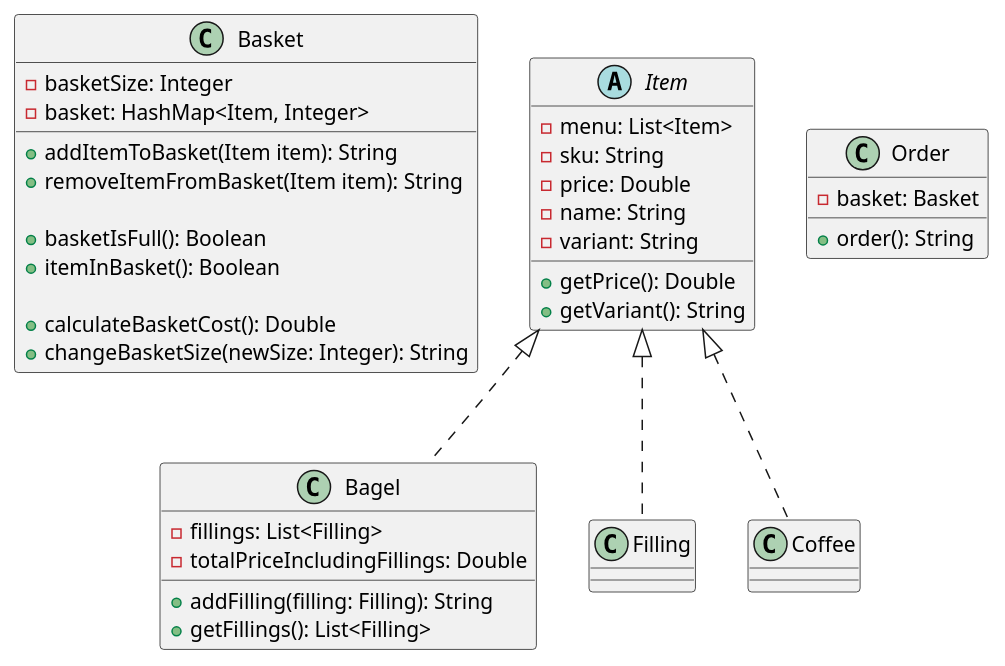
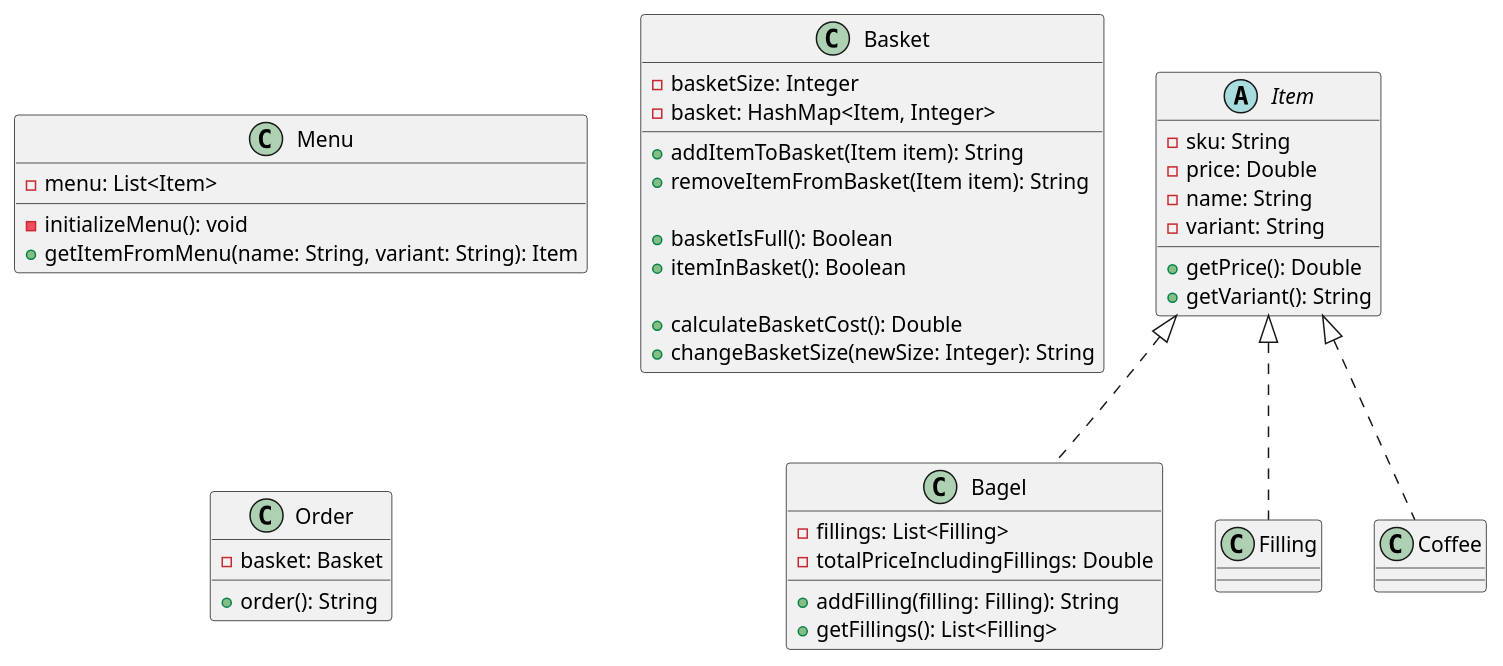
Before and after one commit to boolean-uk/java-tdd-oop-bobs-bagels: the diagram in classDiagram.puml, drawn with PlantUML. The commit also changed 4 other files, not shown here.

Commit message:
Refactoring test for separation of concern. Test now expects specific name and variant. Created a separate class for menu, and moved functionality from Item. Updated class diagram and domain model to adhere to the recent changes.

```diff
--- a/classDiagram.puml
+++ b/classDiagram.puml
@@ -1,46 +1,52 @@
 @startuml
+
+Class Menu {
+    - menu: List<Item>
+
+    - initializeMenu(): void
+    + getItemFromMenu(name: String, variant: String): Item
+}
 
 Class Basket {
     - basketSize: Integer
     - basket: HashMap<Item, Integer>
 
     + addItemToBasket(Item item): String
     + removeItemFromBasket(Item item): String
 
     + basketIsFull(): Boolean
     + itemInBasket(): Boolean
 
     + calculateBasketCost(): Double
     + changeBasketSize(newSize: Integer): String
 }
 
 Abstract Class Item {
-    - menu: List<Item>
     - sku: String
     - price: Double
     - name: String
     - variant: String
 
     + getPrice(): Double
     + getVariant(): String
 }
 
 Class Bagel Implements Item {
     - fillings: List<Filling>
     - totalPriceIncludingFillings: Double
     + addFilling(filling: Filling): String
     + getFillings(): List<Filling>
 }
 
 Class Filling Implements Item {
 }
 
 Class Coffee Implements Item {
 }
 
 Class Order {
     - basket: Basket
     + order(): String
 }
 
 @enduml
```
